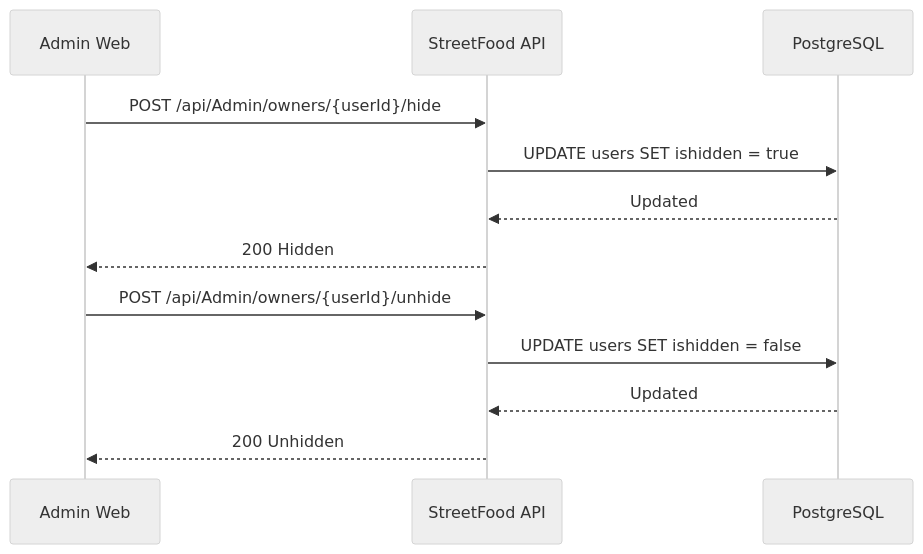
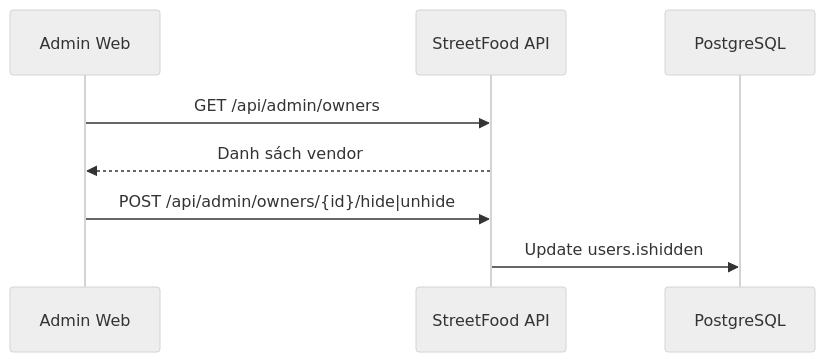
Before and after one commit to NguyenPhuc-Du/StreetFood: diagram 18 of 44 in prd.md, drawn with Mermaid (neutral theme). The commit also changed other lines of this file and 22 other files, not shown here.

````diff
--- a/prd.md
+++ b/prd.md
@@ -934,16 +906,11 @@
 ```mermaid
 sequenceDiagram
     participant A as Admin Web
     participant API as StreetFood API
     participant DB as PostgreSQL
 
-    A->>API: POST /api/Admin/owners/{userId}/hide
-    API->>DB: UPDATE users SET ishidden = true
-    DB-->>API: Updated
-    API-->>A: 200 Hidden
-
-    A->>API: POST /api/Admin/owners/{userId}/unhide
-    API->>DB: UPDATE users SET ishidden = false
-    DB-->>API: Updated
-    API-->>A: 200 Unhidden
+    A->>API: GET /api/admin/owners
+    API-->>A: Danh sách vendor
+    A->>API: POST /api/admin/owners/{id}/hide|unhide
+    API->>DB: Update users.ishidden
 ```
````
